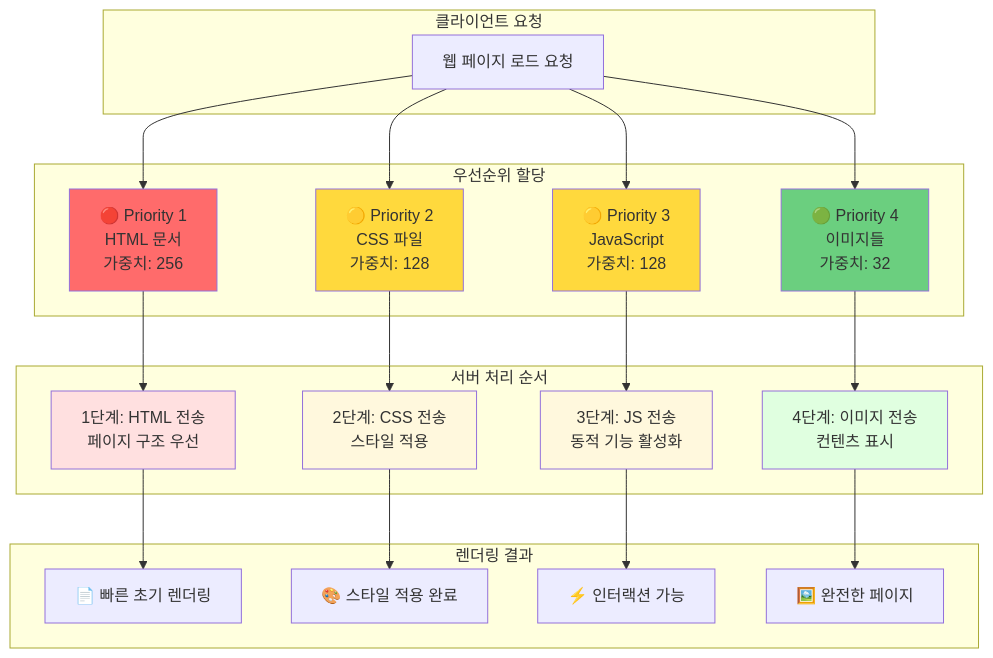
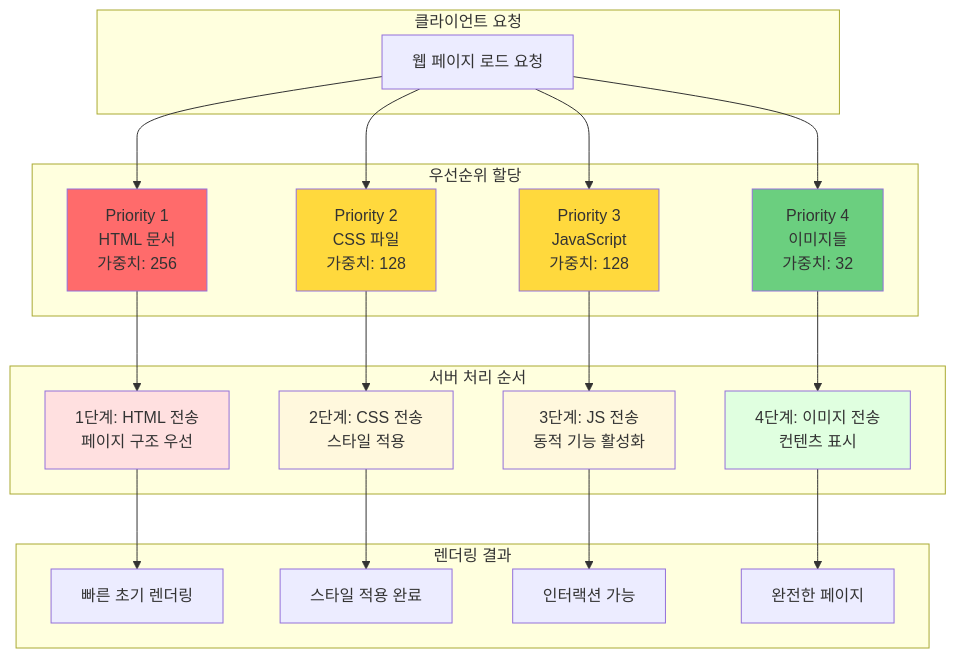
One commit to GYUTORY/YGSTUDY changed the second of 5 diagrams in Develop/Network/7 Layer/Application Layer/Http/Http와 Http 2.0.md. Above: the diagram before and after it, drawn with Mermaid. The commit also changed other lines of this file, not shown here.

````diff
--- a/Develop/Network/7 Layer/Application Layer/Http/Http와 Http 2.0.md
+++ b/Develop/Network/7 Layer/Application Layer/Http/Http와 Http 2.0.md
@@ -224,52 +193,52 @@
 ```mermaid
 graph TB
     subgraph "클라이언트 요청"
         REQ[웹 페이지 로드 요청]
     end
     
     subgraph "우선순위 할당"
-        P1[🔴 Priority 1<br/>HTML 문서<br/>가중치: 256]
-        P2[🟡 Priority 2<br/>CSS 파일<br/>가중치: 128]
-        P3[🟡 Priority 3<br/>JavaScript<br/>가중치: 128]
-        P4[🟢 Priority 4<br/>이미지들<br/>가중치: 32]
+        P1[Priority 1<br/>HTML 문서<br/>가중치: 256]
+        P2[Priority 2<br/>CSS 파일<br/>가중치: 128]
+        P3[Priority 3<br/>JavaScript<br/>가중치: 128]
+        P4[Priority 4<br/>이미지들<br/>가중치: 32]
     end
     
     subgraph "서버 처리 순서"
         PROC1[1단계: HTML 전송<br/>페이지 구조 우선]
         PROC2[2단계: CSS 전송<br/>스타일 적용]
         PROC3[3단계: JS 전송<br/>동적 기능 활성화]
         PROC4[4단계: 이미지 전송<br/>컨텐츠 표시]
     end
     
     subgraph "렌더링 결과"
-        R1[📄 빠른 초기 렌더링]
-        R2[🎨 스타일 적용 완료]
-        R3[⚡ 인터랙션 가능]
-        R4[🖼️ 완전한 페이지]
+        R1[빠른 초기 렌더링]
+        R2[스타일 적용 완료]
+        R3[인터랙션 가능]
+        R4[완전한 페이지]
     end
     
     REQ --> P1
     REQ --> P2
     REQ --> P3
     REQ --> P4
     
     P1 --> PROC1
     P2 --> PROC2
     P3 --> PROC3
     P4 --> PROC4
     
     PROC1 --> R1
     PROC2 --> R2
     PROC3 --> R3
     PROC4 --> R4
     
     style P1 fill:#ff6b6b
     style P2 fill:#ffd93d
     style P3 fill:#ffd93d
     style P4 fill:#6bcf7f
     
     style PROC1 fill:#ffe0e0
     style PROC2 fill:#fff8dd
     style PROC3 fill:#fff8dd
     style PROC4 fill:#e0ffe0
 ```
````
